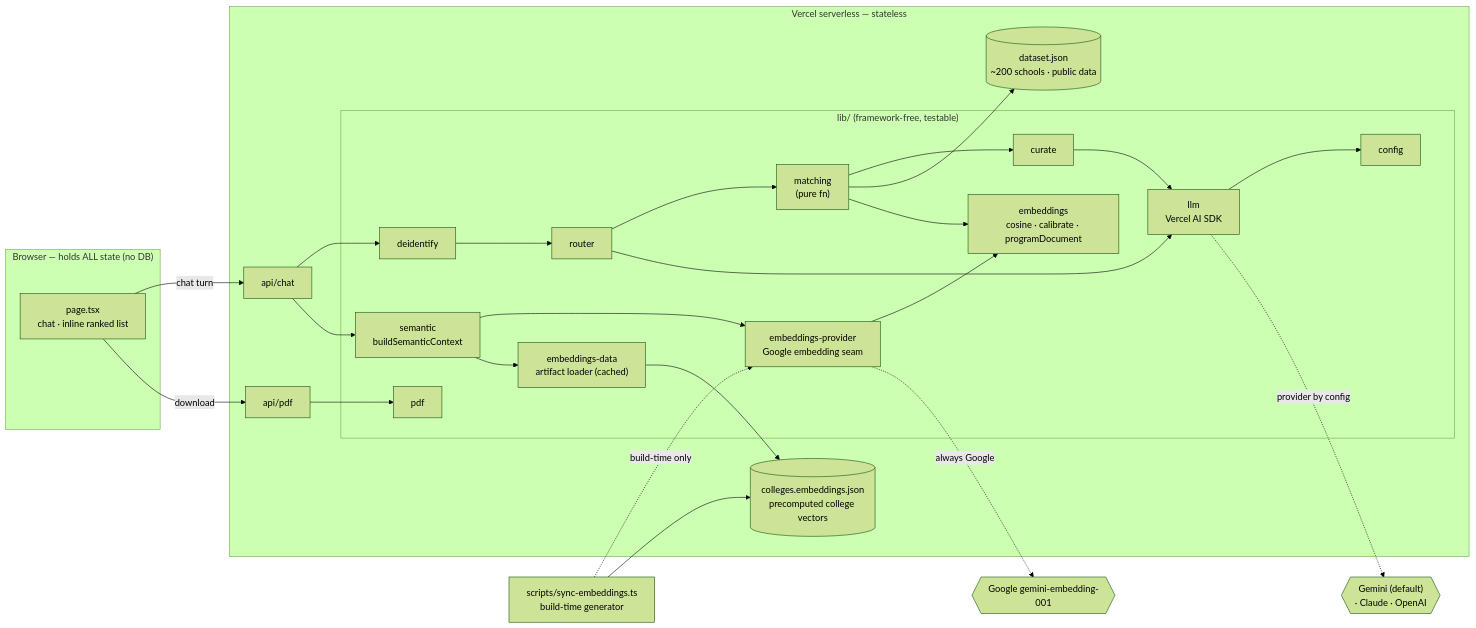
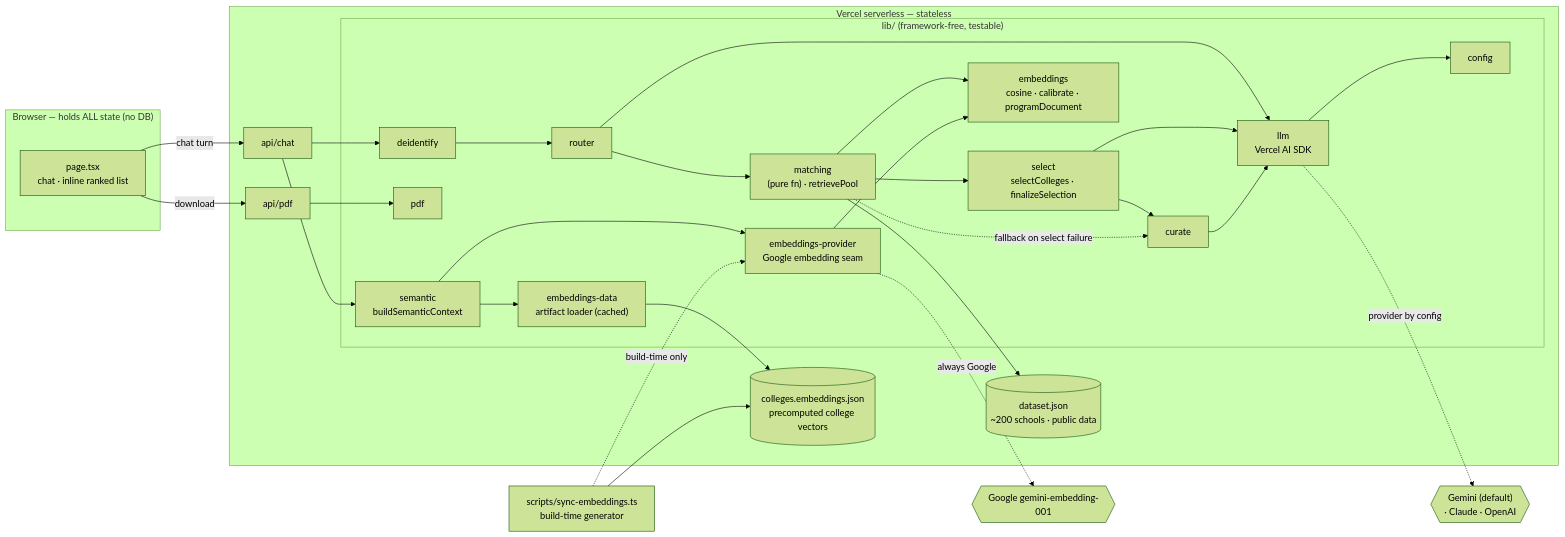
The second of 3 diagrams in docs/architecture.md (syldysnya/college-list-builder), drawn with Mermaid (forest theme) before and after one commit. The commit also changed other lines of this file and 1 other file, not shown here.

Commit message:
docs: document grounded LLM candidate selection

````diff
--- a/docs/architecture.md
+++ b/docs/architecture.md
@@ -50,50 +53,53 @@
 ```mermaid
 flowchart LR
     subgraph Client["Browser — holds ALL state (no DB)"]
         UI["page.tsx<br/>chat · inline ranked list"]
     end
 
     subgraph Server["Vercel serverless — stateless"]
         CHAT["api/chat"]
         PDFAPI["api/pdf"]
         subgraph L["lib/ (framework-free, testable)"]
             DEID["deidentify"]
             ROUTER["router"]
-            MATCH["matching<br/>(pure fn)"]
+            MATCH["matching<br/>(pure fn) · retrievePool"]
+            SELECT["select<br/>selectColleges · finalizeSelection"]
             CURATE["curate"]
             LLM["llm<br/>Vercel AI SDK"]
             CFG["config"]
             PDFLIB["pdf"]
             EMB["embeddings<br/>cosine · calibrate · programDocument"]
             EMBPROV["embeddings-provider<br/>Google embedding seam"]
             EMBDATA["embeddings-data<br/>artifact loader (cached)"]
             SEM["semantic<br/>buildSemanticContext"]
         end
         DATA[("dataset.json<br/>~200 schools · public data")]
         VEC[("colleges.embeddings.json<br/>precomputed college vectors")]
     end
 
     SYNC["scripts/sync-embeddings.ts<br/>build-time generator"]
 
     PROV{{"Gemini (default)<br/>· Claude · OpenAI"}}
     GOOGLEEMB{{"Google gemini-embedding-001"}}
 
     UI -->|chat turn| CHAT
     UI -->|download| PDFAPI
-    CHAT --> DEID --> ROUTER --> MATCH --> CURATE
+    CHAT --> DEID --> ROUTER --> MATCH --> SELECT --> CURATE
+    MATCH -.->|"fallback on select failure"| CURATE
     ROUTER --> LLM
+    SELECT --> LLM
     CURATE --> LLM
     LLM --> CFG
     LLM -.provider by config.-> PROV
     MATCH --> DATA
     MATCH --> EMB
     CHAT --> SEM
     SEM --> EMBPROV
     SEM --> EMBDATA
     EMBPROV --> EMB
     EMBPROV -.always Google.-> GOOGLEEMB
     EMBDATA --> VEC
     SYNC -.build-time only.-> EMBPROV
     SYNC --> VEC
     PDFAPI --> PDFLIB
 ```
````
